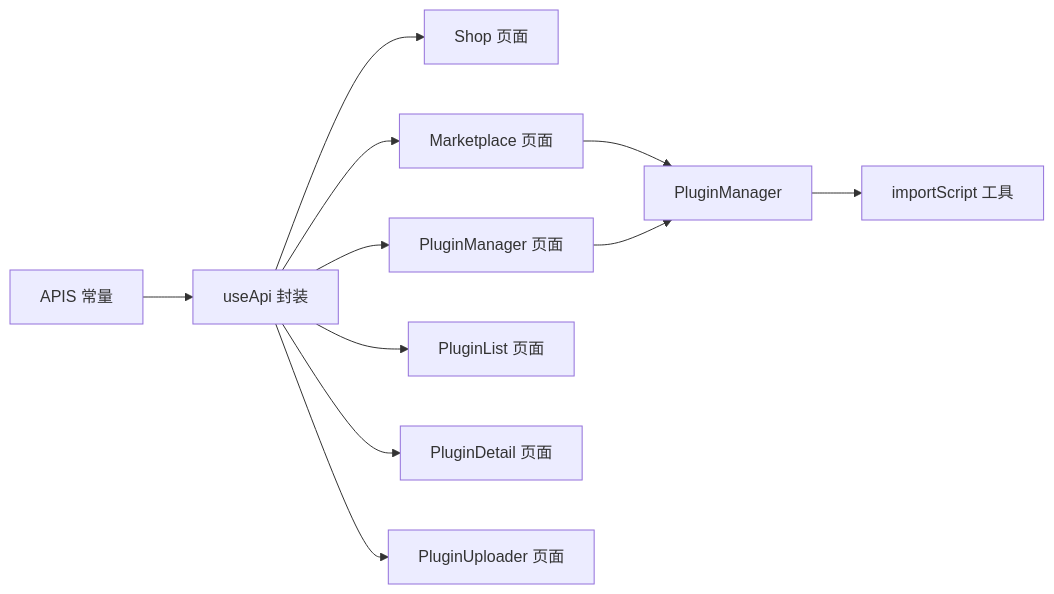
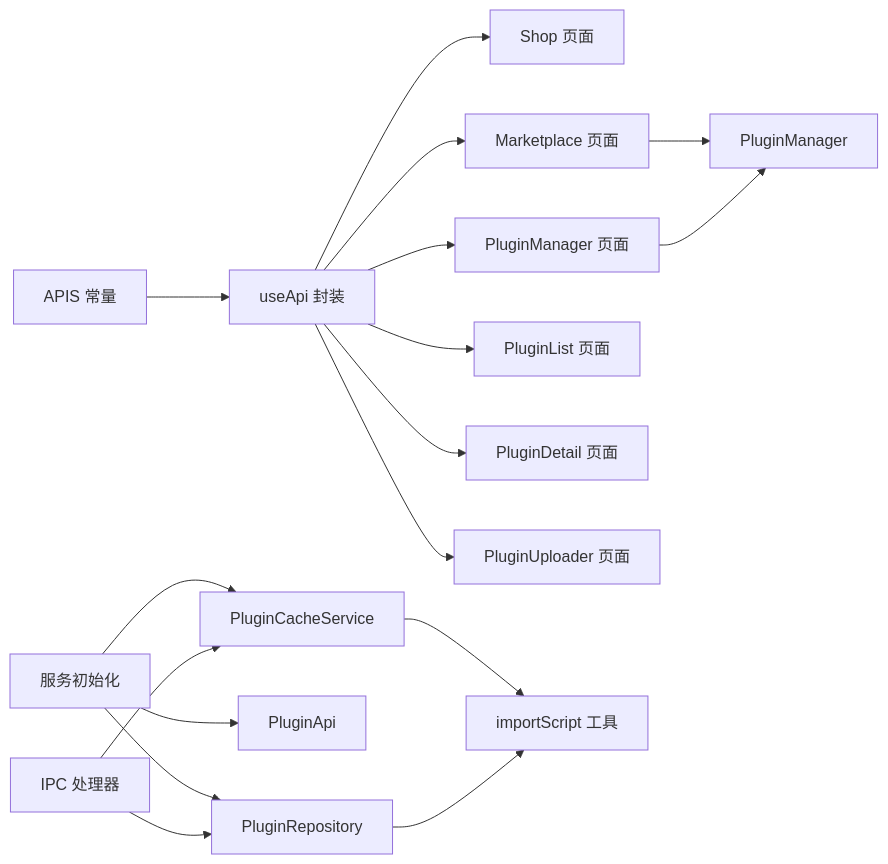
The seventh of 7 diagrams in .qoder/repowiki/zh/content/API参考/插件管理API.md (LRF0422/Kotion), drawn with Mermaid before and after one commit. The commit also changed other lines of this file and 75 other files, not shown here.

````diff
--- a/.qoder/repowiki/zh/content/API参考/插件管理API.md
+++ b/.qoder/repowiki/zh/content/API参考/插件管理API.md
@@ -333,13 +440,19 @@
 ```mermaid
 graph LR
 APIS["APIS 常量"] --> UseApi["useApi 封装"]
 UseApi --> UI_Shop["Shop 页面"]
 UseApi --> UI_Market["Marketplace 页面"]
 UseApi --> UI_PM["PluginManager 页面"]
 UseApi --> UI_PList["PluginList 页面"]
 UseApi --> UI_Detail["PluginDetail 页面"]
 UseApi --> UI_Uploader["PluginUploader 页面"]
 UI_Market --> PM["PluginManager"]
 UI_PM --> PM
-PM --> ImportUtil["importScript 工具"]
+Services["服务初始化"] --> Cache["PluginCacheService"]
+Services --> PluginAPI["PluginApi"]
+Services --> Repo["PluginRepository"]
+IPC["IPC 处理器"] --> Cache
+IPC --> Repo
+Cache --> ImportUtil["importScript 工具"]
+Repo --> ImportUtil
 ```
````
